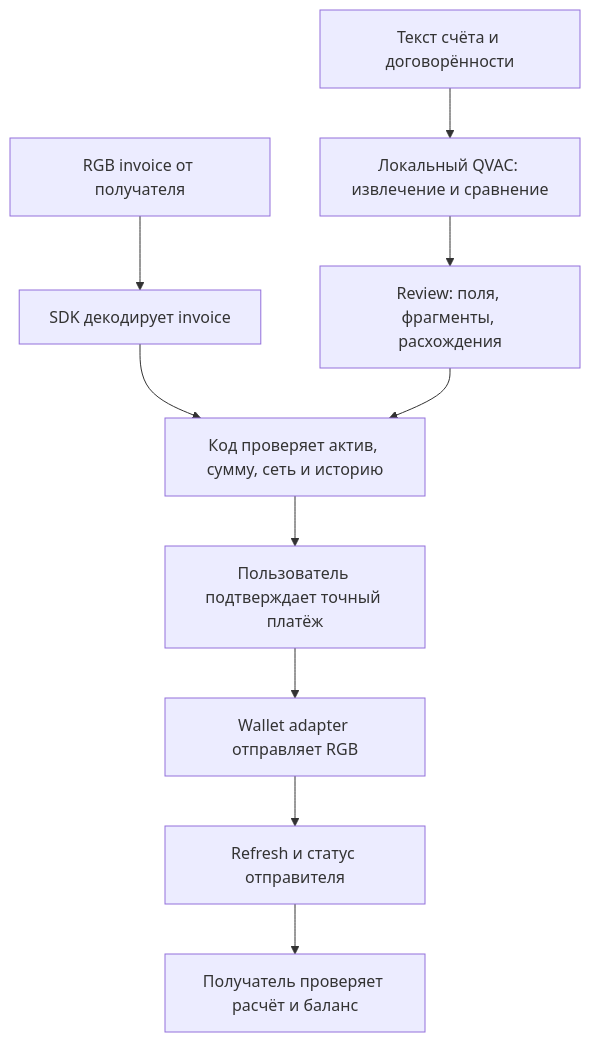
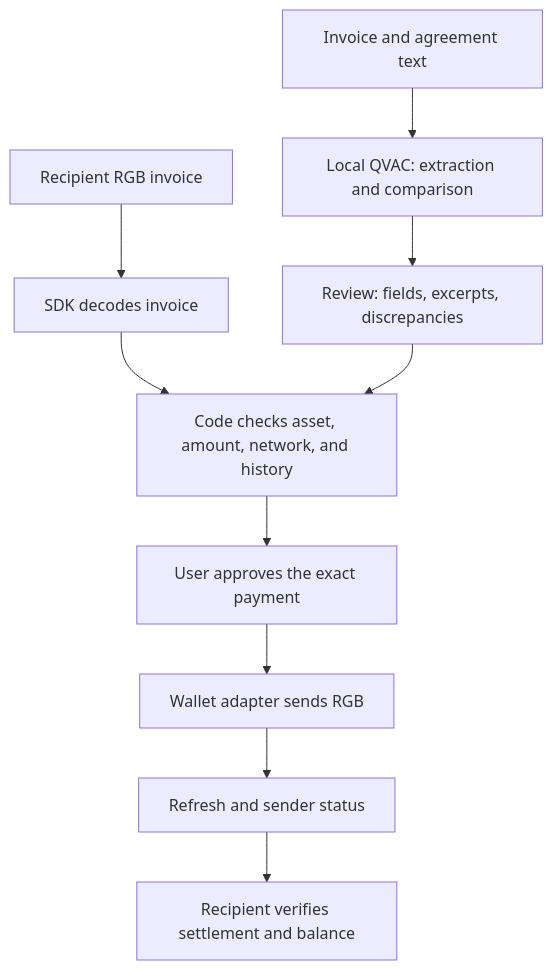
The diagram in info.md (yolki-palki-team/rgb-hackaton), drawn with Mermaid before and after one commit. The commit also changed other lines of this file and 2 other files, not shown here.

````diff
--- a/info.md
+++ b/info.md
@@ -504,12 +504,12 @@
 ```mermaid
 flowchart TD
-    A[Текст счёта и договорённости] --> B[Локальный QVAC: извлечение и сравнение]
-    B --> C[Review: поля, фрагменты, расхождения]
-    D[RGB invoice от получателя] --> E[SDK декодирует invoice]
-    E --> F[Код проверяет актив, сумму, сеть и историю]
+    A[Invoice and agreement text] --> B[Local QVAC: extraction and comparison]
+    B --> C[Review: fields, excerpts, discrepancies]
+    D[Recipient RGB invoice] --> E[SDK decodes invoice]
+    E --> F[Code checks asset, amount, network, and history]
     C --> F
-    F --> G[Пользователь подтверждает точный платёж]
-    G --> H[Wallet adapter отправляет RGB]
-    H --> I[Refresh и статус отправителя]
-    I --> J[Получатель проверяет расчёт и баланс]
+    F --> G[User approves the exact payment]
+    G --> H[Wallet adapter sends RGB]
+    H --> I[Refresh and sender status]
+    I --> J[Recipient verifies settlement and balance]
 ```
````
